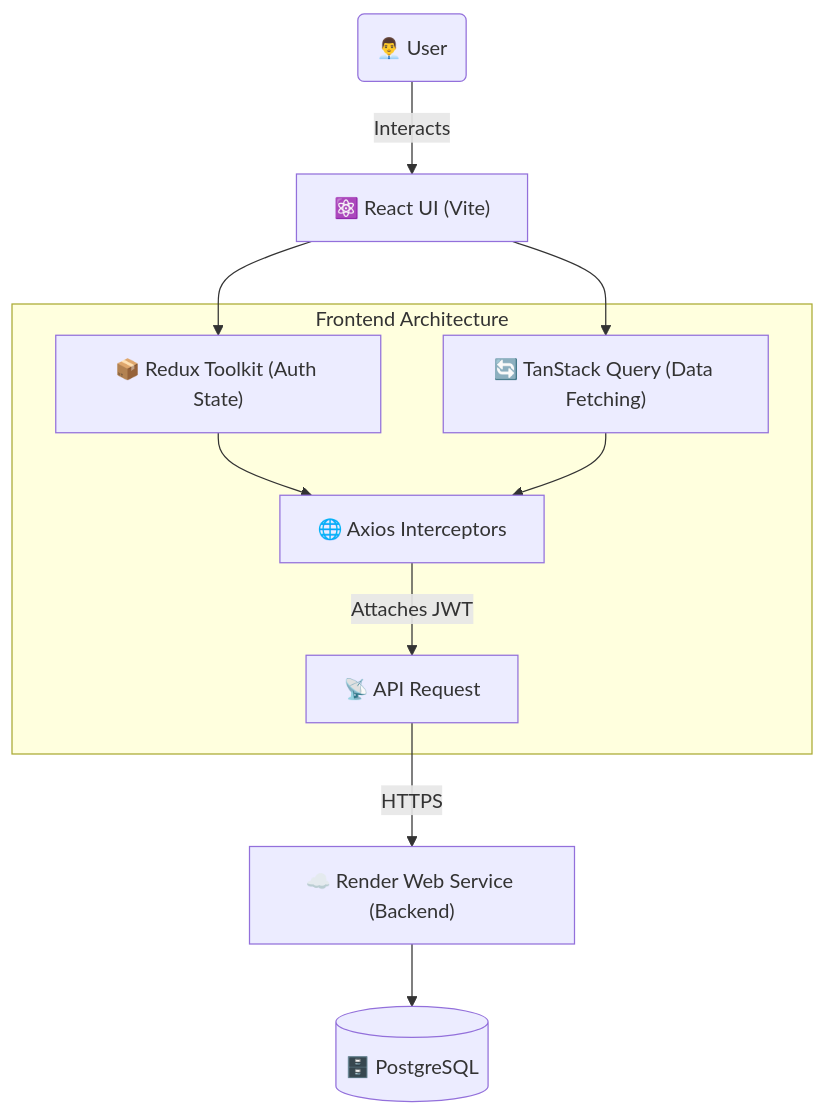
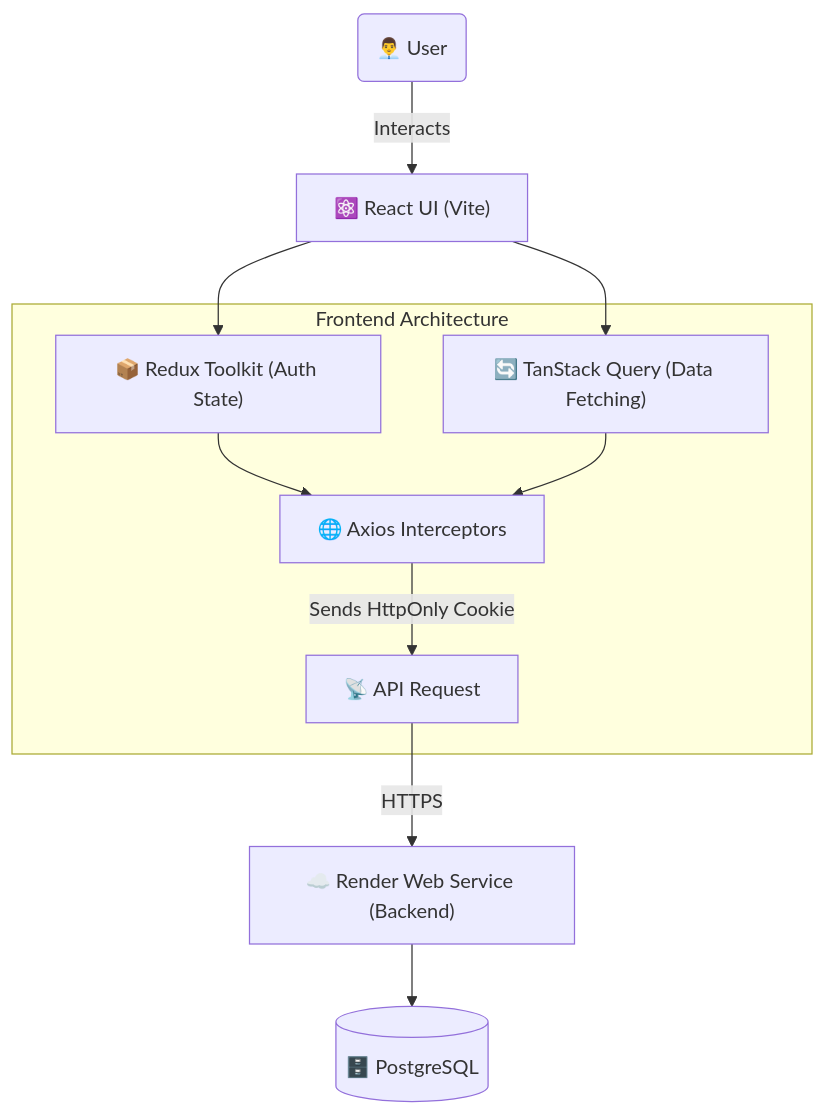
Before and after one commit to tonykuriakose/waziapp-frontend: the diagram in README.md, drawn with Mermaid. The commit also changed other lines of this file and 6 other files, not shown here.

````diff
--- a/README.md
+++ b/README.md
@@ -8,15 +8,15 @@
 ```mermaid
 graph TD
     User("👨‍💼 User") -->|"Interacts"| UI["⚛️ React UI (Vite)"]
     UI --> State["📦 Redux Toolkit (Auth State)"]
     UI --> Query["🔄 TanStack Query (Data Fetching)"]
     
     subgraph "Frontend Architecture"
         State --> Axios["🌐 Axios Interceptors"]
         Query --> Axios
-        Axios -->|"Attaches JWT"| API_Call["📡 API Request"]
+        Axios -->|"Sends HttpOnly Cookie"| API_Call["📡 API Request"]
     end
     
     API_Call -->|"HTTPS"| Backend["☁️ Render Web Service (Backend)"]
     Backend --> DB[("🗄️ PostgreSQL")]
 ```
````
